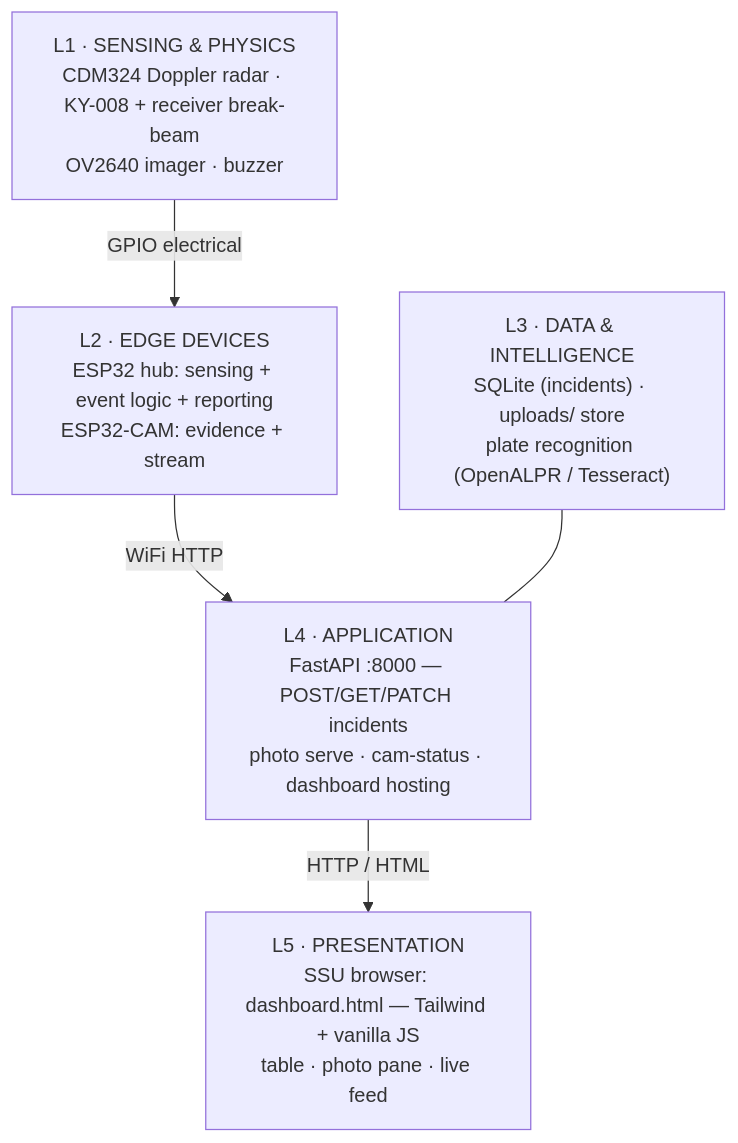
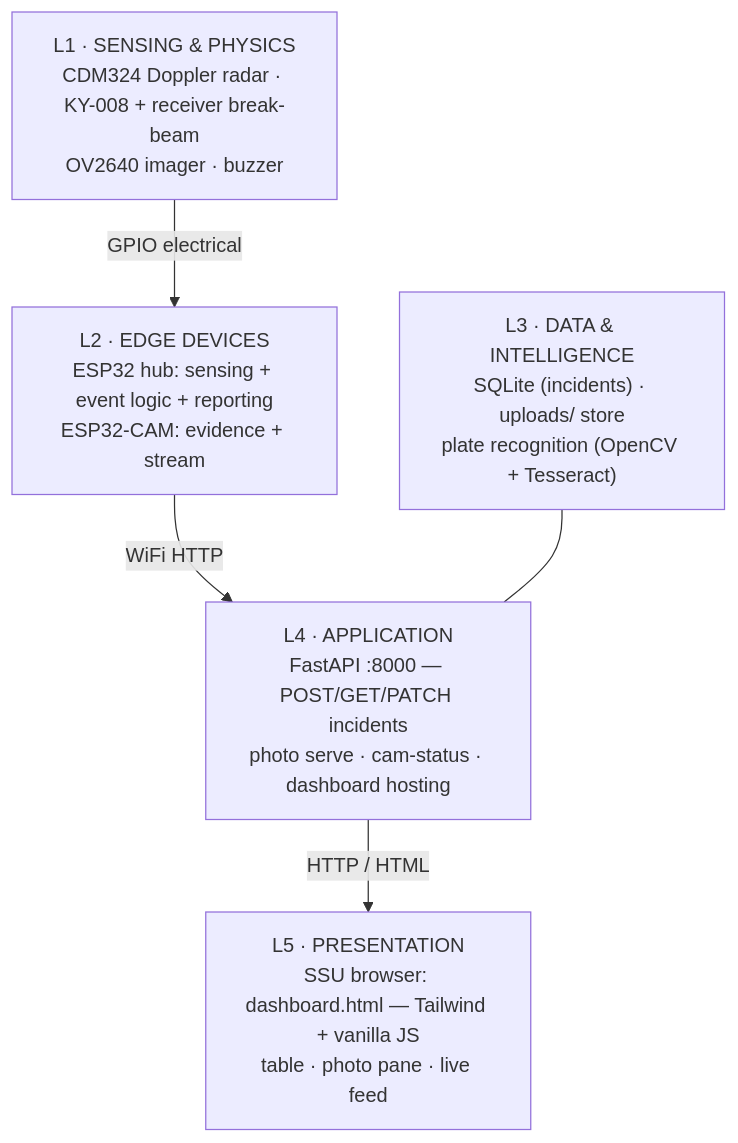
One commit to qppd/safeway changed the first of 3 diagrams in docs/SYSTEM-ARCHITECTURE.md. Above: the diagram before and after it, drawn with Mermaid. The commit also changed other lines of this file and 11 other files, not shown here.

````diff
--- a/docs/SYSTEM-ARCHITECTURE.md
+++ b/docs/SYSTEM-ARCHITECTURE.md
@@ -9,12 +9,12 @@
 ```mermaid
 flowchart TB
     L5["L5 · PRESENTATION<br/>SSU browser: dashboard.html — Tailwind + vanilla JS<br/>table · photo pane · live feed"]
     L4["L4 · APPLICATION<br/>FastAPI :8000 — POST/GET/PATCH incidents<br/>photo serve · cam-status · dashboard hosting"]
-    L3["L3 · DATA &amp; INTELLIGENCE<br/>SQLite (incidents) · uploads/ store<br/>plate recognition (OpenALPR / Tesseract)"]
+    L3["L3 · DATA &amp; INTELLIGENCE<br/>SQLite (incidents) · uploads/ store<br/>plate recognition (OpenCV + Tesseract)"]
     L2["L2 · EDGE DEVICES<br/>ESP32 hub: sensing + event logic + reporting<br/>ESP32-CAM: evidence + stream"]
     L1["L1 · SENSING &amp; PHYSICS<br/>CDM324 Doppler radar · KY-008 + receiver break-beam<br/>OV2640 imager · buzzer"]
     L1 -- "GPIO electrical" --> L2
     L2 -- "WiFi HTTP" --> L4
     L4 -- "HTTP / HTML" --> L5
     L3 --- L4
 ```
````
